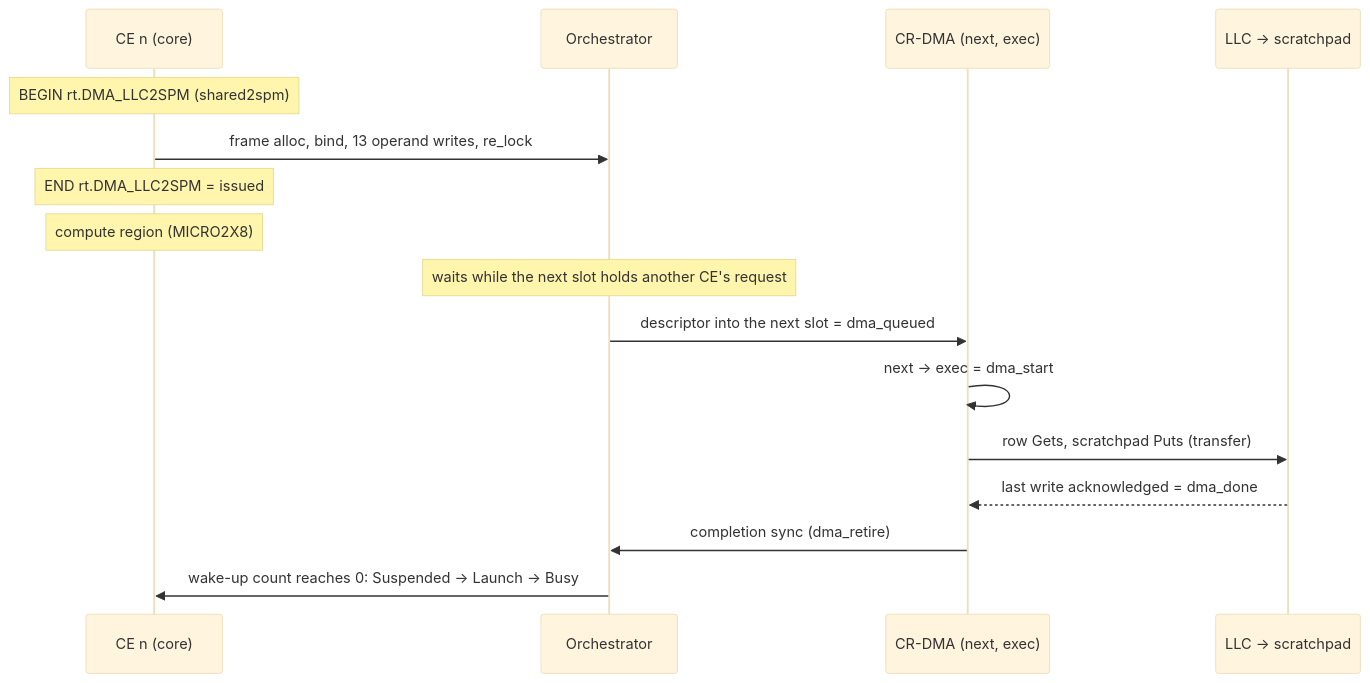
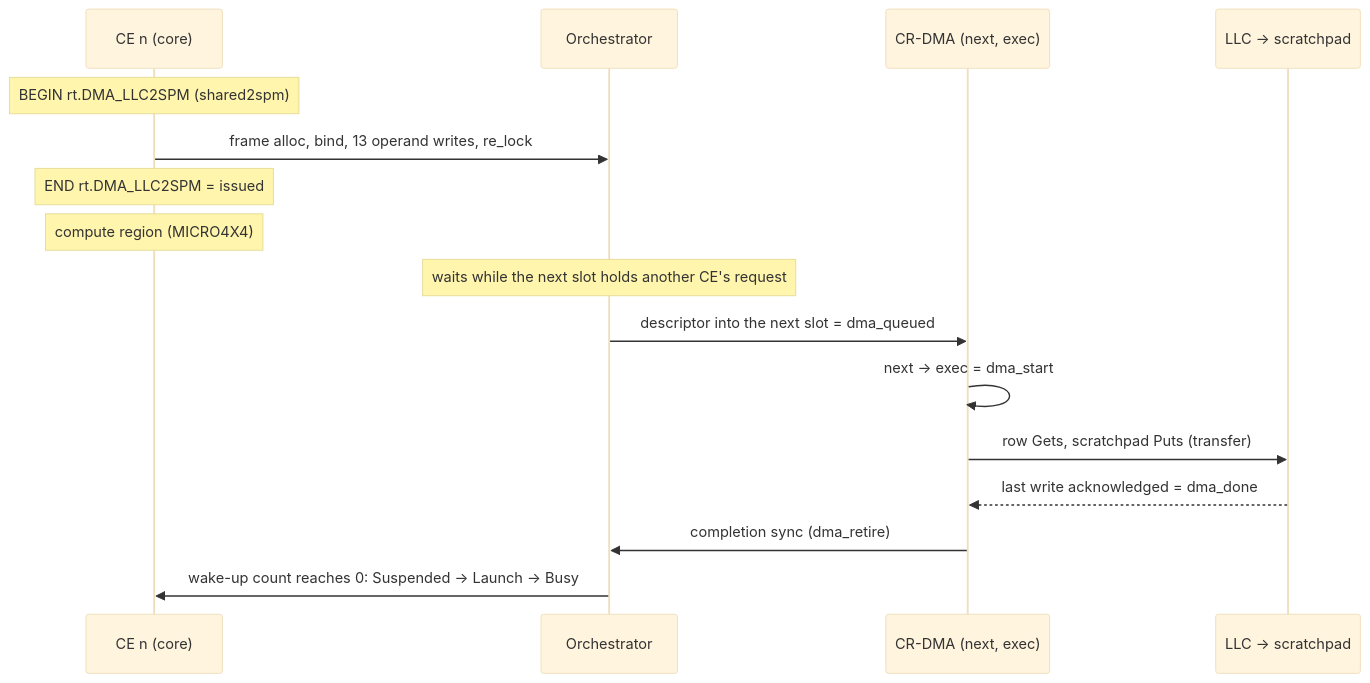
The first of 2 diagrams in tools/rtltrace-plugins/docs/compute_dma_overlap.md (morphingmachines/emitrtl), drawn with Mermaid (base theme) before and after one commit. The commit also changed other lines of this file and 24 other files, not shown here.

````diff
--- a/tools/rtltrace-plugins/docs/compute_dma_overlap.md
+++ b/tools/rtltrace-plugins/docs/compute_dma_overlap.md
@@ -54,18 +54,18 @@
 ```mermaid
 sequenceDiagram
   participant CE as CE n (core)
   participant OR as Orchestrator
   participant DMA as CR-DMA (next, exec)
   participant MEM as LLC → scratchpad
   Note over CE: BEGIN rt.DMA_LLC2SPM (shared2spm)
   CE->>OR: frame alloc, bind, 13 operand writes, re_lock
   Note over CE: END rt.DMA_LLC2SPM = issued
-  Note over CE: compute region (MICRO2X8)
+  Note over CE: compute region (MICRO4X4)
   Note over OR: waits while the next slot holds another CE's request
   OR->>DMA: descriptor into the next slot = dma_queued
   DMA->>DMA: next → exec = dma_start
   DMA->>MEM: row Gets, scratchpad Puts (transfer)
   MEM-->>DMA: last write acknowledged = dma_done
   DMA->>OR: completion sync (dma_retire)
   OR->>CE: wake-up count reaches 0: Suspended → Launch → Busy
 ```
````
